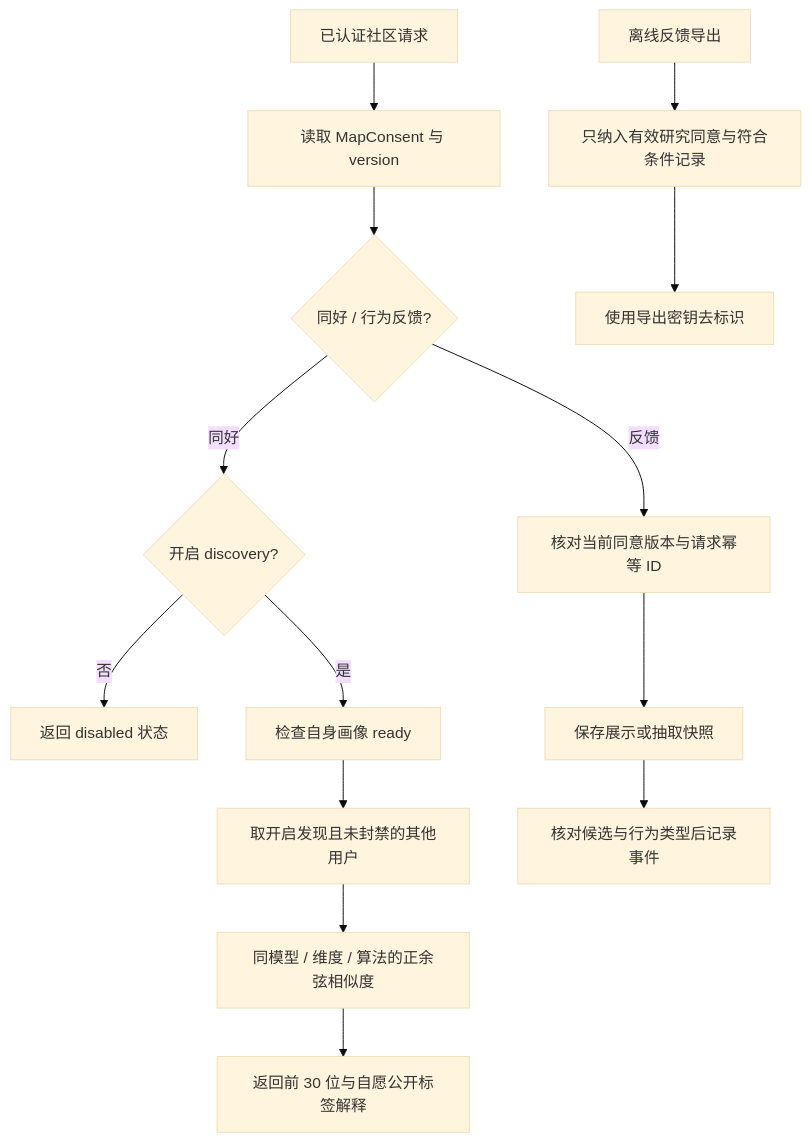
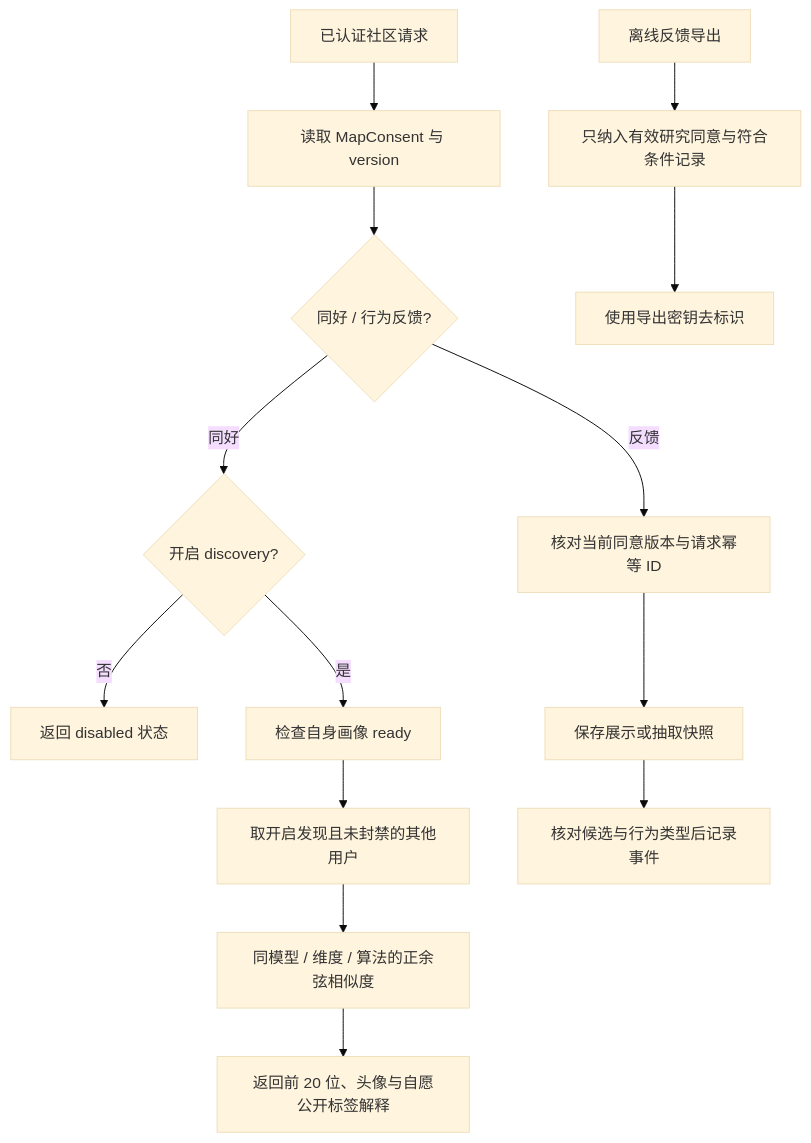
The diagram in backend/modules/community/doc/README.md (DinnerpartyFoodMap/dinnerparty_community), drawn with Mermaid (base theme) before and after one commit. The commit also changed other lines of this file and 76 other files, not shown here.

````diff
--- a/backend/modules/community/doc/README.md
+++ b/backend/modules/community/doc/README.md
@@ -11,16 +11,16 @@
 ```mermaid
 flowchart TD
     Request[已认证社区请求] --> Consent[读取 MapConsent 与 version]
     Consent --> Mode{同好 / 行为反馈?}
     Mode -->|同好| Enabled{开启 discovery?}
     Enabled -->|否| Empty[返回 disabled 状态]
     Enabled -->|是| Profile[检查自身画像 ready]
     Profile --> People[取开启发现且未封禁的其他用户]
     People --> Compatible[同模型 / 维度 / 算法的正余弦相似度]
-    Compatible --> Result[返回前 30 位与自愿公开标签解释]
+    Compatible --> Result[返回前 20 位、头像与自愿公开标签解释]
     Mode -->|反馈| Version[核对当前同意版本与请求幂等 ID]
     Version --> Log[保存展示或抽取快照]
     Log --> Event[核对候选与行为类型后记录事件]
     Export[离线反馈导出] --> Research[只纳入有效研究同意与符合条件记录]
     Research --> Dataset[使用导出密钥去标识]
 ```
````
